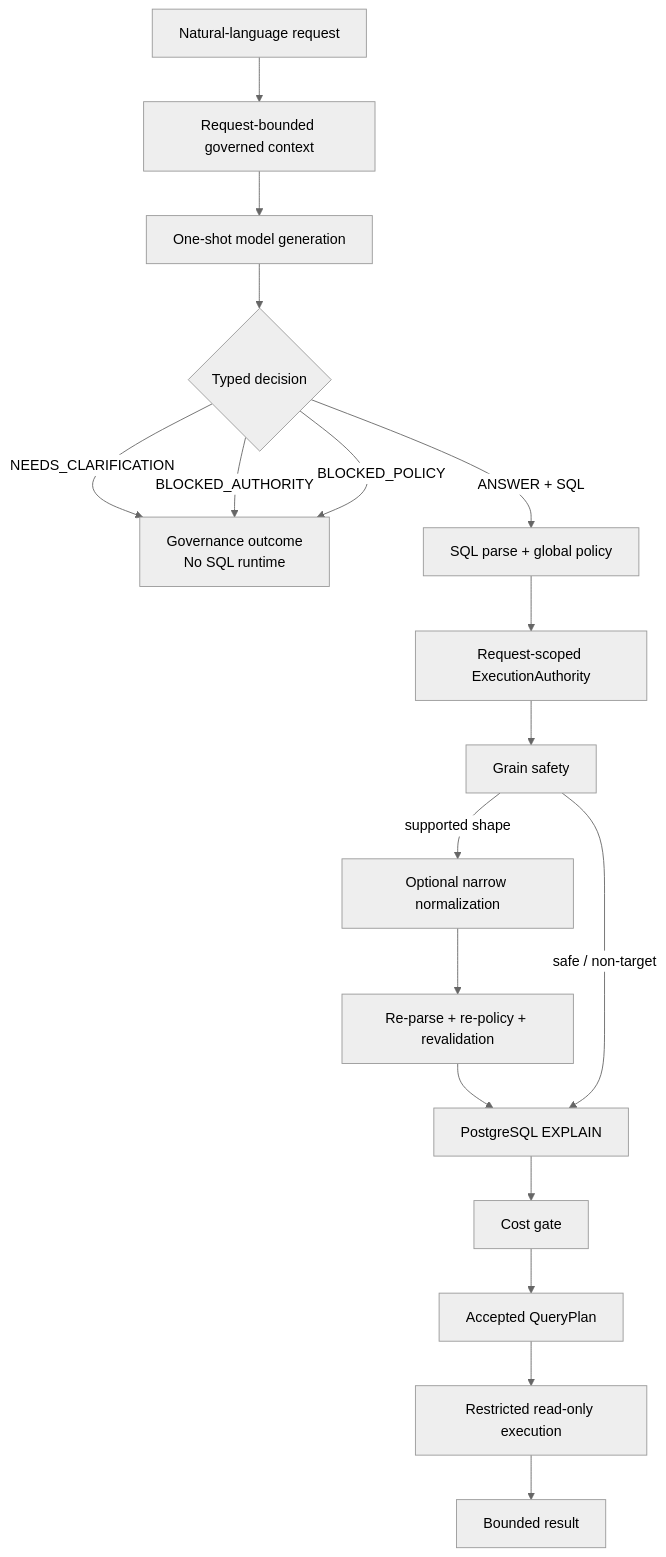
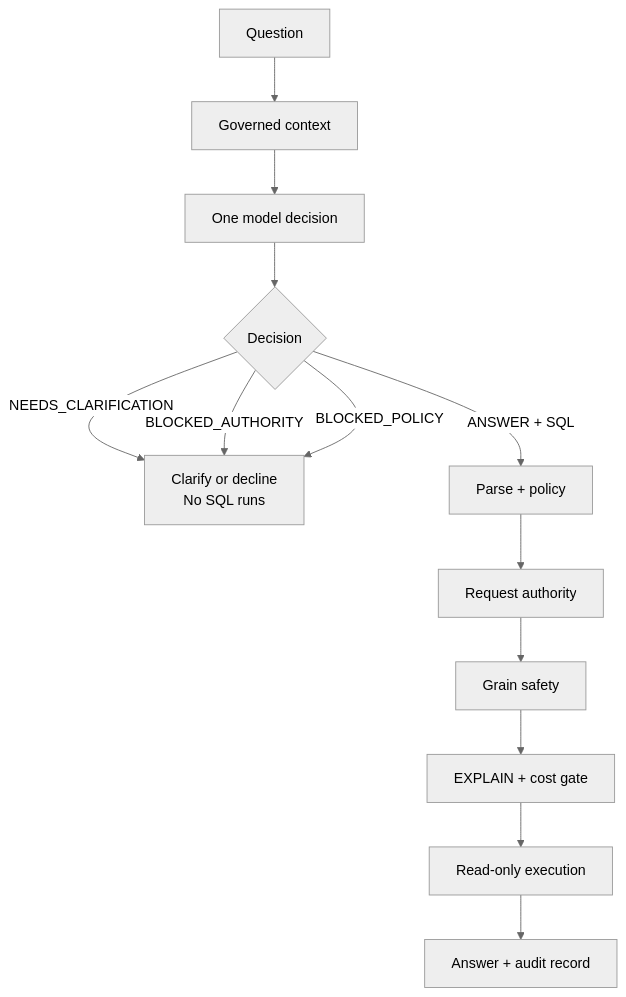
Before and after one commit to negativexq/decision-sql: the diagram in README.md, drawn with Mermaid (neutral theme). The commit also changed other lines of this file and 7 other files, not shown here.

Commit message:
docs: rewrite README and architecture for the product surface

````diff
--- a/README.md
+++ b/README.md
@@ -33,27 +33,20 @@
 ```mermaid
 flowchart TD
-    Q["Natural-language request"]
-    C["Request-bounded governed context"]
-    L["One-shot model generation"]
-    D{"Typed decision"}
-    G["Governance outcome<br/>No SQL runtime"]
-    P["SQL parse + global policy"]
-    A["Request-scoped ExecutionAuthority"]
+    Q["Question"]
+    C["Governed context"]
+    L["One model decision"]
+    D{"Decision"}
+    G["Clarify or decline<br/>No SQL runs"]
+    P["Parse + policy"]
+    A["Request authority"]
     GS["Grain safety"]
-    N["Optional narrow normalization"]
-    V["Re-parse + re-policy + revalidation"]
-    E["PostgreSQL EXPLAIN"]
-    CG["Cost gate"]
-    QP["Accepted QueryPlan"]
-    RO["Restricted read-only execution"]
-    R["Bounded result"]
+    E["EXPLAIN + cost gate"]
+    RO["Read-only execution"]
+    R["Answer + audit record"]
 
     Q --> C --> L --> D
     D -->|NEEDS_CLARIFICATION| G
     D -->|BLOCKED_AUTHORITY| G
     D -->|BLOCKED_POLICY| G
-    D -->|ANSWER + SQL| P --> A --> GS
-    GS -->|supported shape| N --> V --> E
-    GS -->|safe / non-target| E
-    E --> CG --> QP --> RO --> R
+    D -->|ANSWER + SQL| P --> A --> GS --> E --> RO --> R
 ```
````
